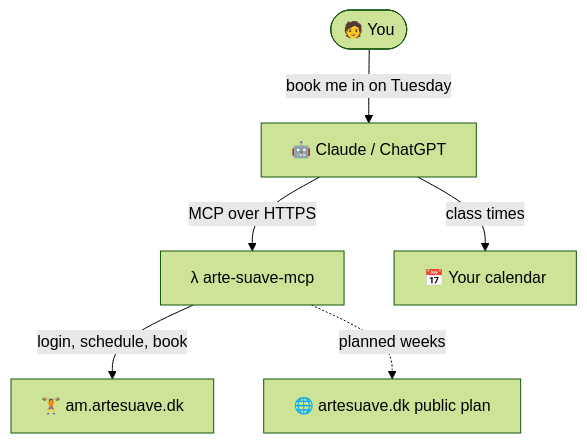
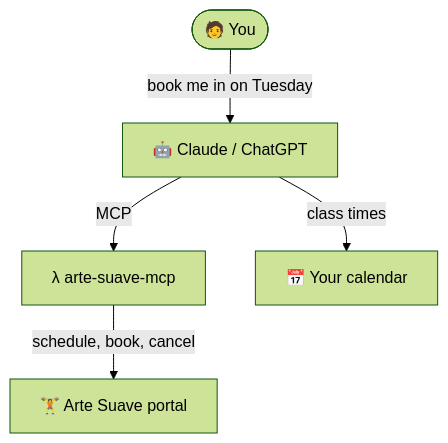
The first of 2 diagrams in README.md (Olafcito/arte-suave-mcp), drawn with Mermaid (forest theme) before and after one commit. The commit also changed other lines of this file, not shown here.

First line of the commit message:
README: tech stack up front as a short list, Architecture first under Contributing (#11)

````diff
--- a/README.md
+++ b/README.md
@@ -15,8 +15,7 @@
 ```mermaid
 flowchart TB
     U(["🧑 You"]) -- "book me in on Tuesday" --> A["🤖 Claude / ChatGPT"]
-    A -- "MCP over HTTPS" --> L["λ arte-suave-mcp"]
+    A -- "MCP" --> L["λ arte-suave-mcp"]
     A -- "class times" --> C["📅 Your calendar"]
-    L -- "login, schedule, book" --> P["🏋️ am.artesuave.dk"]
-    L -. "planned weeks" .-> W["🌐 artesuave.dk public plan"]
+    L -- "schedule, book, cancel" --> P["🏋️ Arte Suave portal"]
 ```
````
